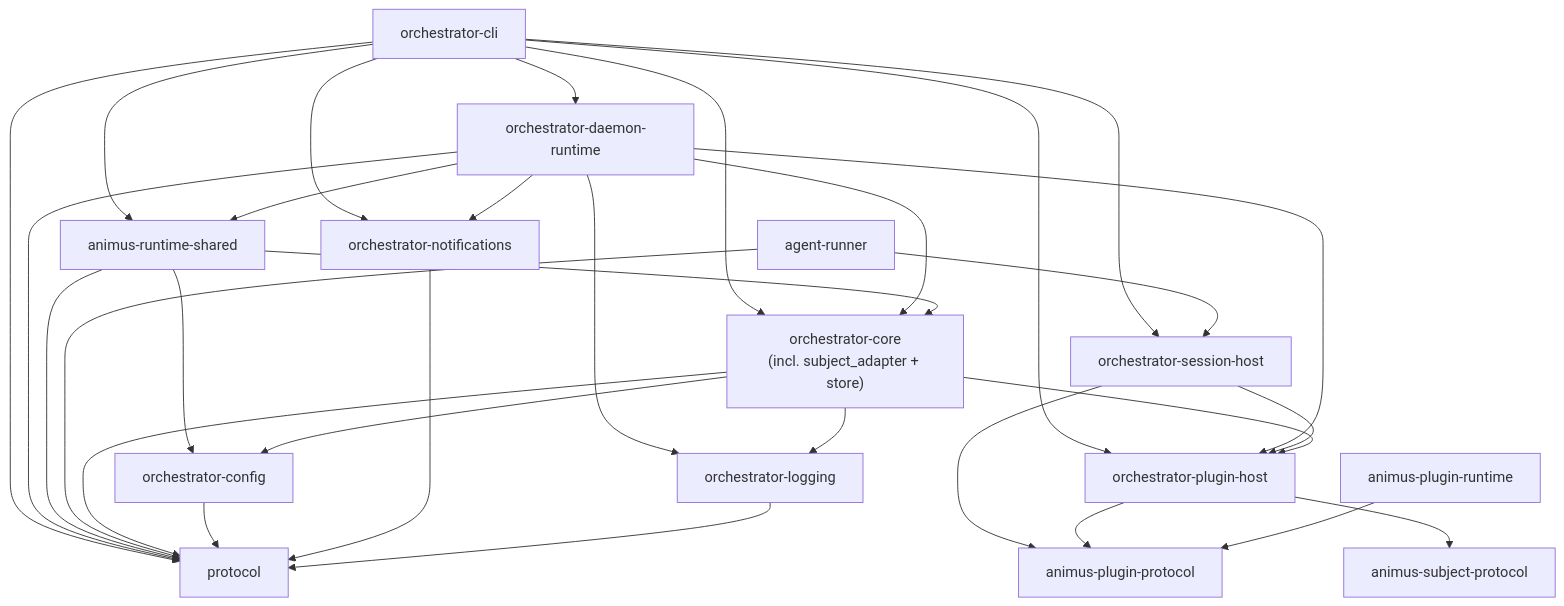
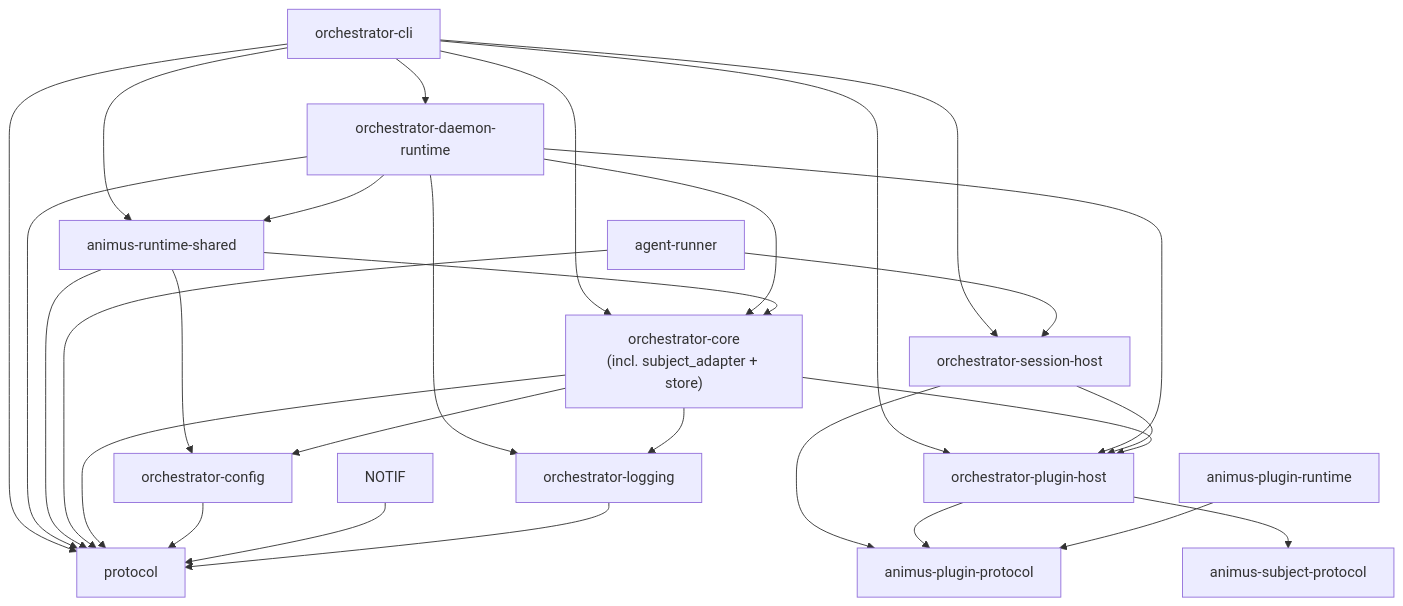
The diagram in docs/architecture/index.md (launchapp-dev/animus-cli), drawn with Mermaid before and after one commit. The commit also changed 28 other files, not shown here.

````diff
--- a/docs/architecture/index.md
+++ b/docs/architecture/index.md
@@ -23,56 +23,53 @@
 ```mermaid
 graph TD
     CLI[orchestrator-cli]
     CORE["orchestrator-core<br/>(incl. subject_adapter + store)"]
     PROTO[protocol]
     CONFIG[orchestrator-config]
     DAEMON[orchestrator-daemon-runtime]
     WR[animus-runtime-shared]
     AR[agent-runner]
     SESSION[orchestrator-session-host]
     PLUGIN_HOST[orchestrator-plugin-host]
     PLUGIN_PROTO[animus-plugin-protocol]
     PLUGIN_RUNTIME[animus-plugin-runtime]
     SUBJECT_PROTO[animus-subject-protocol]
-    NOTIF[orchestrator-notifications]
     LOG[orchestrator-logging]
 
     CLI --> CORE
     CLI --> DAEMON
     CLI --> WR
-    CLI --> NOTIF
     CLI --> PLUGIN_HOST
     CLI --> SESSION
     CLI --> PROTO
 
     DAEMON --> CORE
     DAEMON --> WR
-    DAEMON --> NOTIF
     DAEMON --> PLUGIN_HOST
     DAEMON --> LOG
     DAEMON --> PROTO
 
     WR --> CORE
     WR --> CONFIG
     WR --> PROTO
 
     AR --> SESSION
     AR --> PROTO
 
     SESSION --> PLUGIN_HOST
     SESSION --> PLUGIN_PROTO
 
     PLUGIN_HOST --> PLUGIN_PROTO
     PLUGIN_HOST --> SUBJECT_PROTO
 
     CORE --> CONFIG
     CORE --> LOG
     CORE --> PLUGIN_HOST
     CORE --> PROTO
 
     CONFIG --> PROTO
     NOTIF --> PROTO
     LOG --> PROTO
 
     PLUGIN_RUNTIME --> PLUGIN_PROTO
 ```
````
